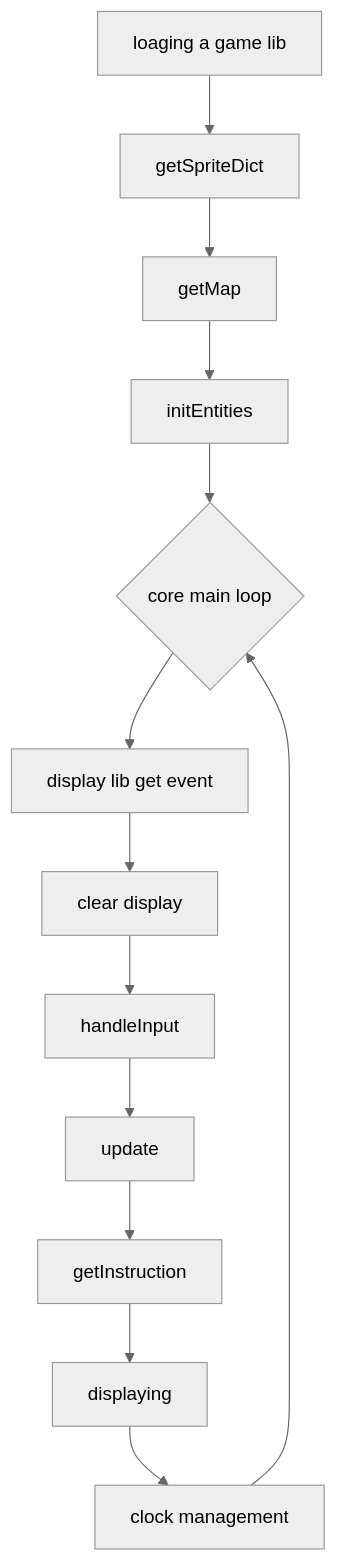
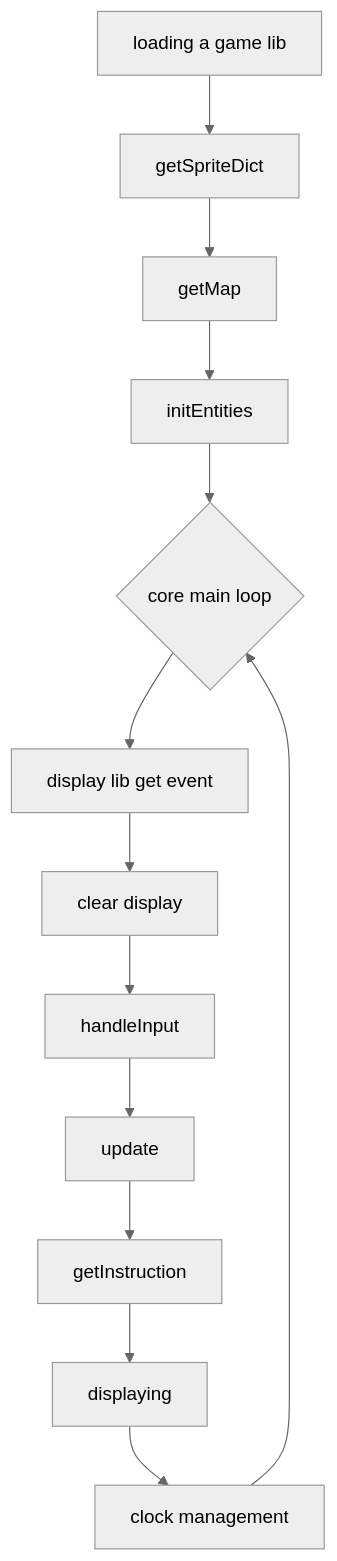
One commit to ASM-Studios/ArcadeInterfaces changed the second of 3 diagrams in ReadMe.md. Above: the diagram before and after it, drawn with Mermaid (neutral theme). The commit also changed other lines of this file, not shown here.

````diff
--- a/ReadMe.md
+++ b/ReadMe.md
@@ -452,15 +462,15 @@
 ```mermaid
   graph TD;
-    A[loaging a game lib] --> B[getSpriteDict]
+    A[loading a game lib] --> B[getSpriteDict]
     B --> C[getMap];
     C --> D[initEntities];
     D --> E{core main loop};
     E --> F[display lib get event];
     F --> G[clear display];
     G --> H[handleInput];
     H --> I[update];
     I --> J[getInstruction];
     J --> K[displaying];
     K --> L[clock management];
     L --> E;
 ```
````
